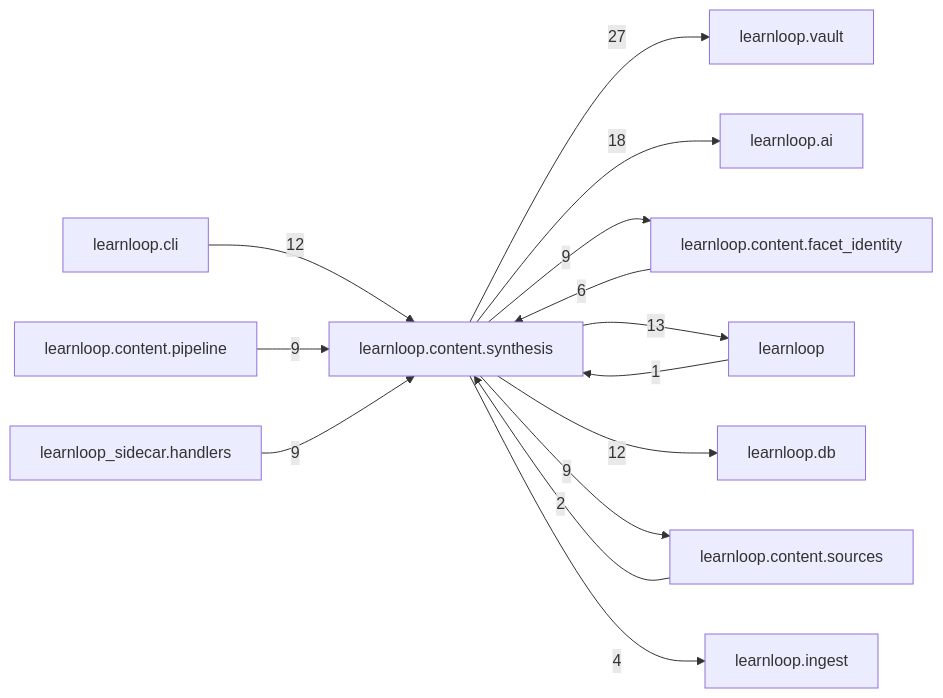
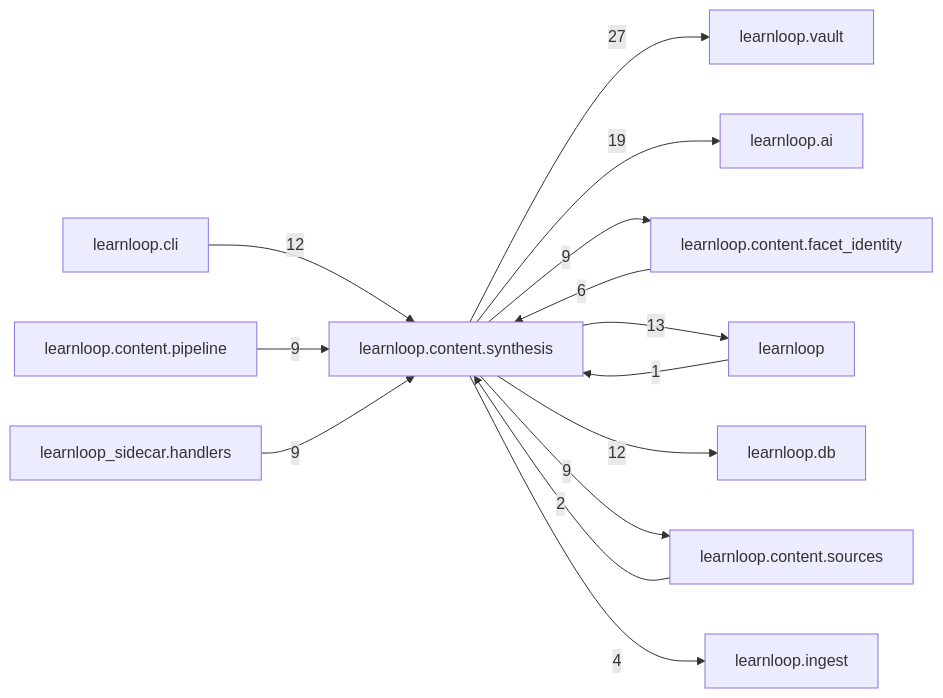
One commit to 6up-b/learnanything changed the diagram in docs/learnloop-architecture-vault/Reference/Modules/learnloop/content/synthesis/_package.md. Above: the diagram before and after it, drawn with Mermaid. The commit also changed other lines of this file and 85 other files, not shown here.

````diff
--- a/docs/learnloop-architecture-vault/Reference/Modules/learnloop/content/synthesis/_package.md
+++ b/docs/learnloop-architecture-vault/Reference/Modules/learnloop/content/synthesis/_package.md
@@ -126,27 +126,27 @@
 ```mermaid
 flowchart LR
     center["learnloop.content.synthesis"]
     n_learnloop_vault["learnloop.vault"]
     n_learnloop_ai["learnloop.ai"]
     n_learnloop_content_facet_identity["learnloop.content.facet_identity"]
     n_learnloop["learnloop"]
     n_learnloop_cli["learnloop.cli"]
     n_learnloop_db["learnloop.db"]
     n_learnloop_content_sources["learnloop.content.sources"]
     n_learnloop_content_pipeline["learnloop.content.pipeline"]
     n_learnloop_sidecar_handlers["learnloop_sidecar.handlers"]
     n_learnloop_ingest["learnloop.ingest"]
     center -->|27| n_learnloop_vault
-    center -->|18| n_learnloop_ai
+    center -->|19| n_learnloop_ai
     n_learnloop_content_facet_identity -->|6| center
     center -->|9| n_learnloop_content_facet_identity
     n_learnloop -->|1| center
     center -->|13| n_learnloop
     n_learnloop_cli -->|12| center
     center -->|12| n_learnloop_db
     n_learnloop_content_sources -->|2| center
     center -->|9| n_learnloop_content_sources
     n_learnloop_content_pipeline -->|9| center
     n_learnloop_sidecar_handlers -->|9| center
     center -->|4| n_learnloop_ingest
 ```
````
